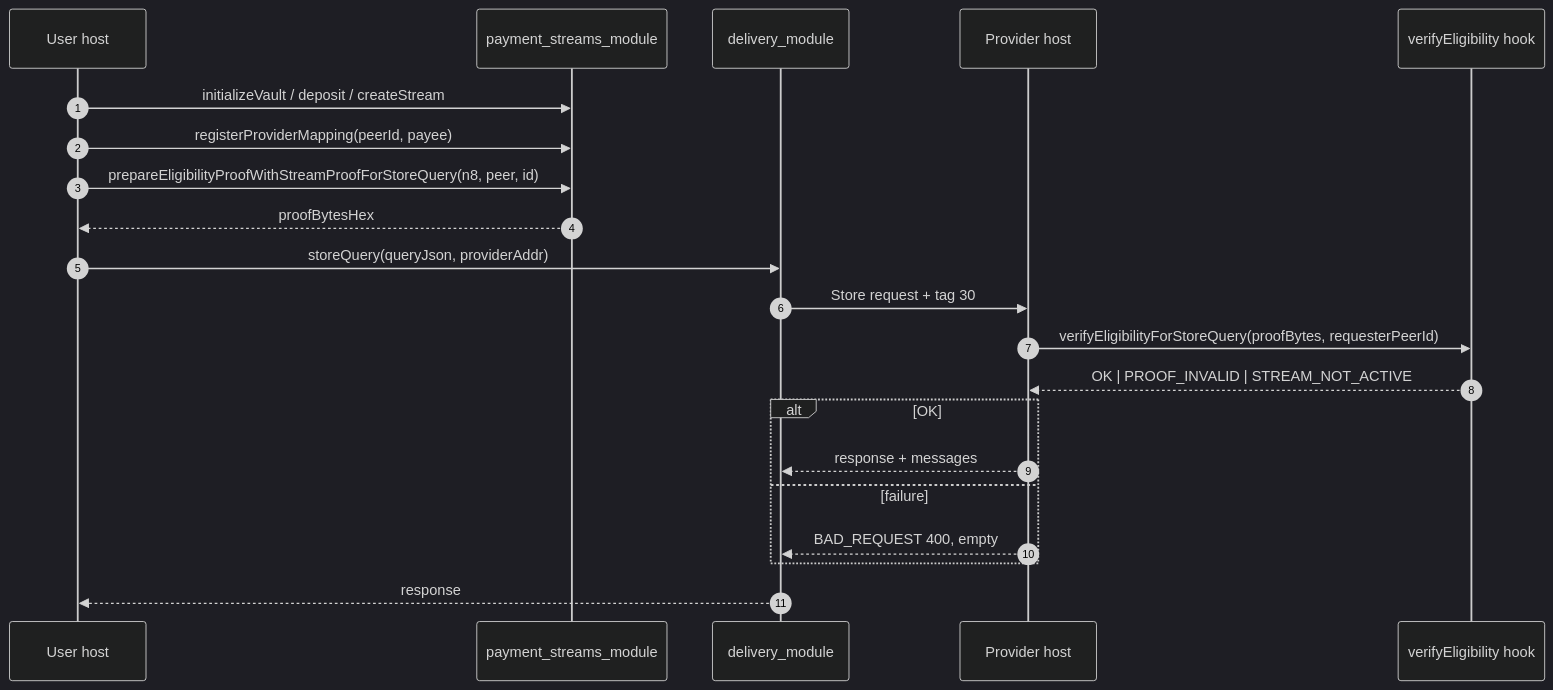
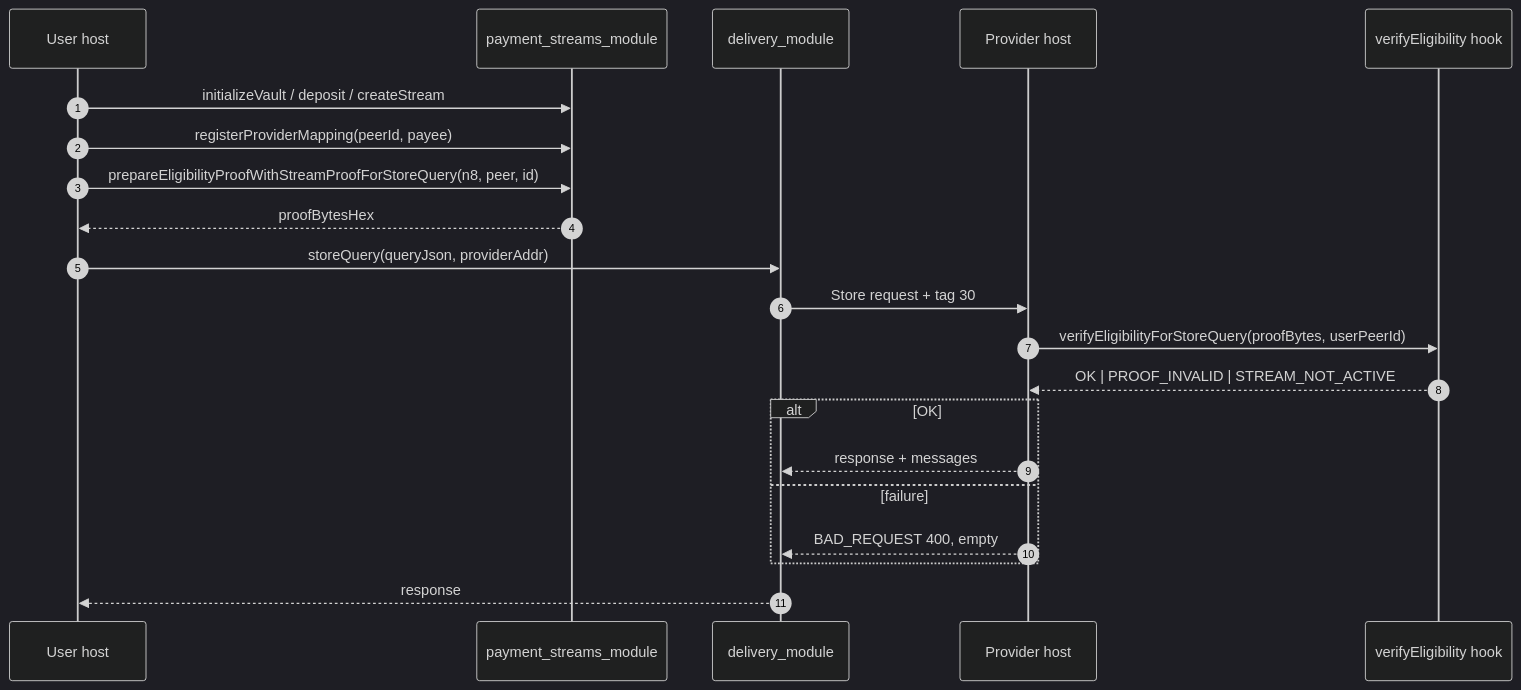
One commit to logos-co/lez-payment-streams changed the second of 2 diagrams in docs/presentation.md. Above: the diagram before and after it, drawn with Mermaid (dark theme). The commit also changed 8 other files, not shown here.

````diff
--- a/docs/presentation.md
+++ b/docs/presentation.md
@@ -103,23 +103,23 @@
 ```mermaid
 sequenceDiagram
   autonumber
   participant U as User host
   participant PSM as payment_streams_module
   participant DM as delivery_module
   participant PM as Provider host
   participant Hook as verifyEligibility hook
   U->>PSM: initializeVault / deposit / createStream
   U->>PSM: registerProviderMapping(peerId, payee)
   U->>PSM: prepareEligibilityProofWithStreamProofForStoreQuery(n8, peer, id)
   PSM-->>U: proofBytesHex
   U->>DM: storeQuery(queryJson, providerAddr)
   DM->>PM: Store request + tag 30
-  PM->>Hook: verifyEligibilityForStoreQuery(proofBytes, requesterPeerId)
+  PM->>Hook: verifyEligibilityForStoreQuery(proofBytes, userPeerId)
   Hook-->>PM: OK | PROOF_INVALID | STREAM_NOT_ACTIVE
   alt OK
     PM-->>DM: response + messages
   else failure
     PM-->>DM: BAD_REQUEST 400, empty
   end
   DM-->>U: response
 ```
````
